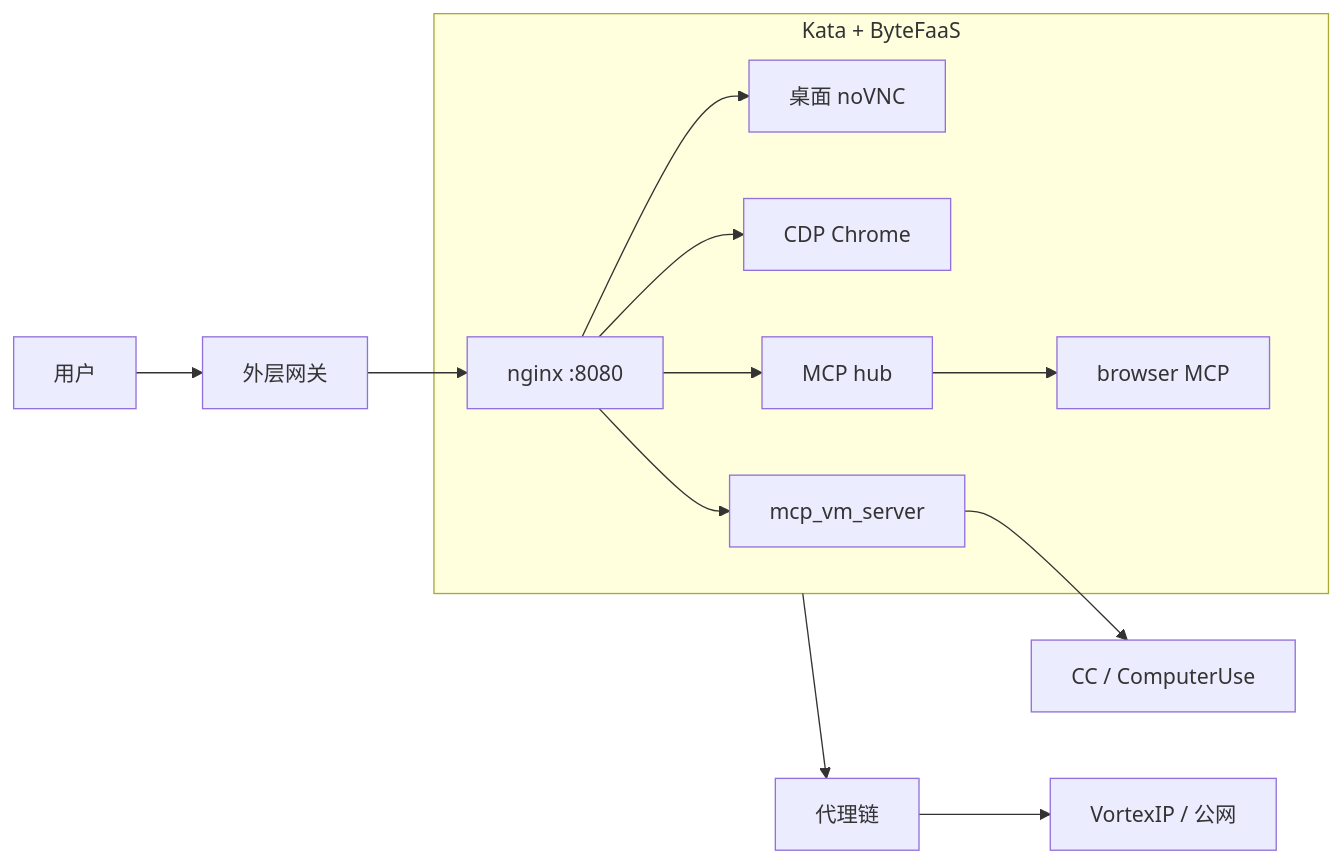
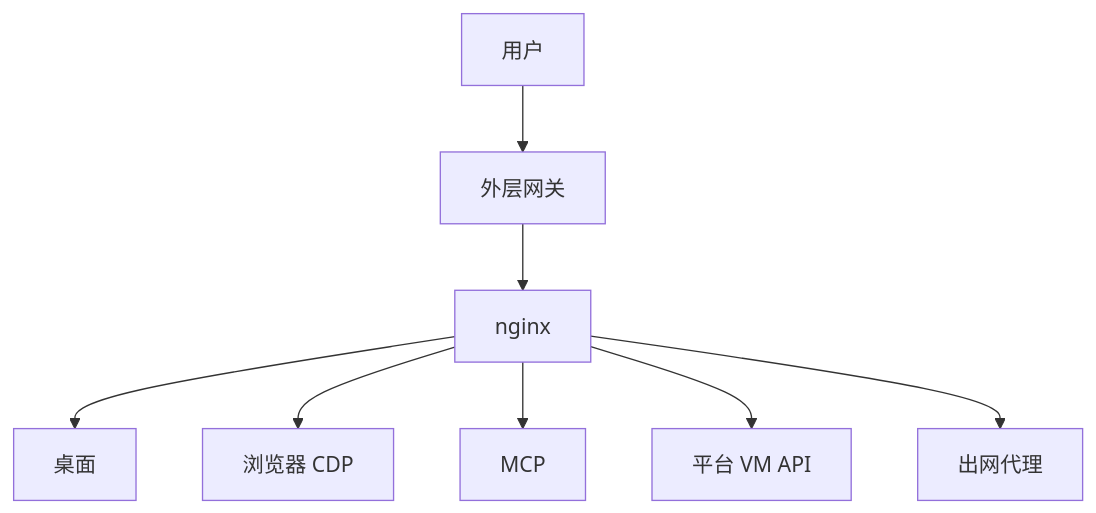
One commit to justinatusa/doubao-work-analysis changed the diagram in README.md. Above: the diagram before and after it, drawn with Mermaid. The commit also changed other lines of this file, not shown here.

````diff
--- a/README.md
+++ b/README.md
@@ -56,21 +56,10 @@
 ```mermaid
-flowchart LR
+flowchart TB
   U[用户] --> G[外层网关]
-  G --> N[nginx :8080]
-  N --> D[桌面 noVNC]
-  N --> C[CDP Chrome]
-  N --> M[MCP hub]
-  M --> B[browser MCP]
-  N --> V[mcp_vm_server]
-  V --> X[CC / ComputerUse]
-  subgraph VM[Kata + ByteFaaS]
-    N
-    D
-    C
-    M
-    B
-    V
-  end
-  VM --> P[代理链]
-  P --> E[VortexIP / 公网]
+  G --> N[nginx]
+  N --> D[桌面]
+  N --> B[浏览器 CDP]
+  N --> M[MCP]
+  N --> V[平台 VM API]
+  N --> P[出网代理]
 ```
````
